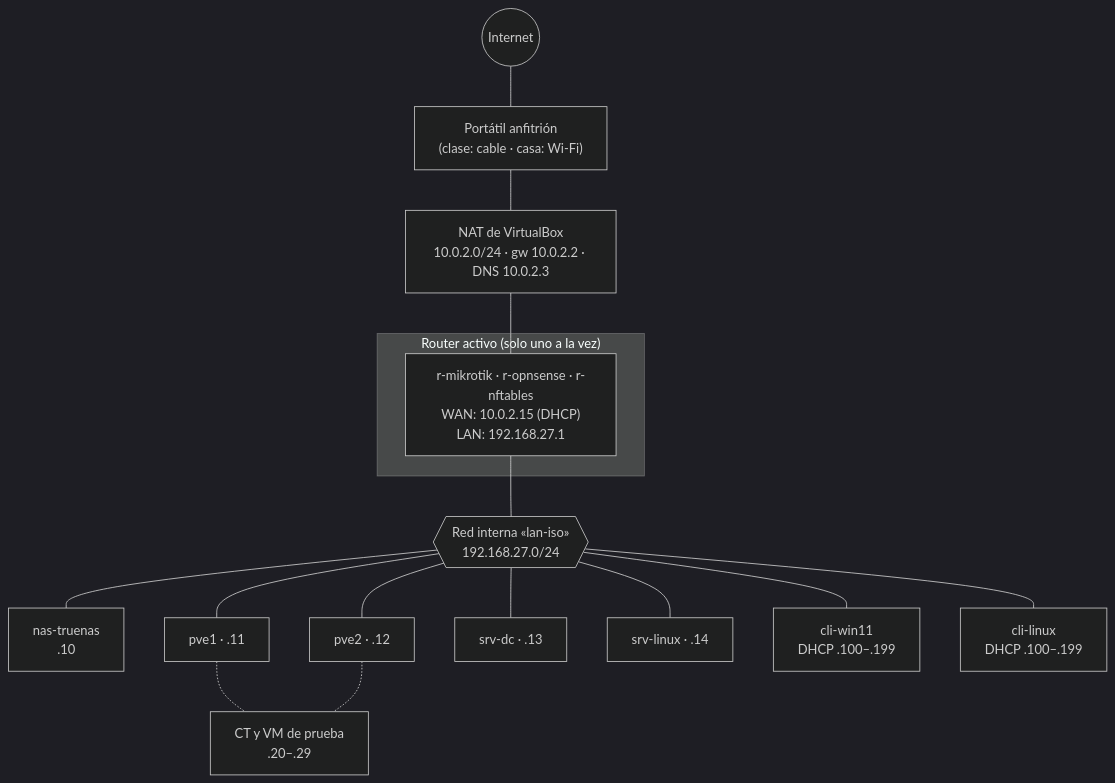
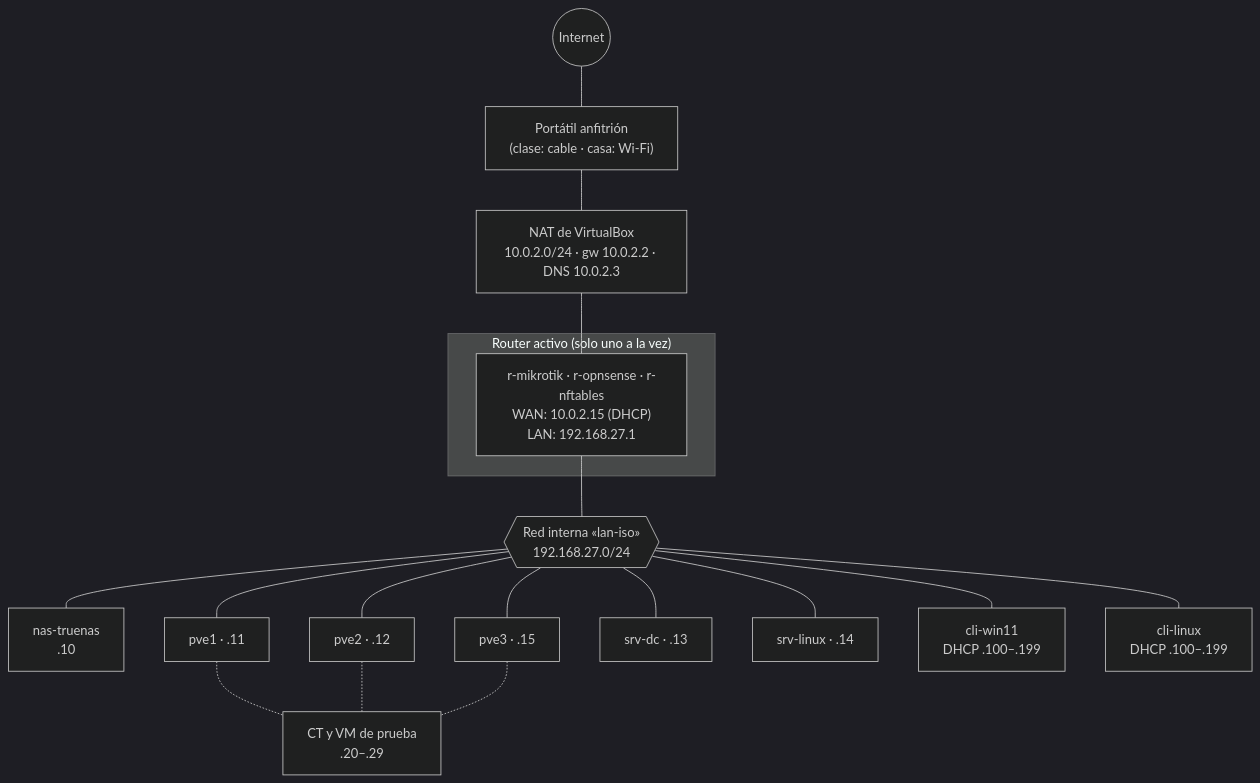
Before and after one commit to varo010/asix-individual-ISO: the diagram in docs/04-red.md, drawn with Mermaid (dark theme). The commit also changed other lines of this file and 6 other files, not shown here.

````diff
--- a/docs/04-red.md
+++ b/docs/04-red.md
@@ -16,25 +16,27 @@
 ```mermaid
 flowchart TB
     INET((Internet))
     HOST["Portátil anfitrión<br/>(clase: cable · casa: Wi-Fi)"]
     NAT["NAT de VirtualBox<br/>10.0.2.0/24 · gw 10.0.2.2 · DNS 10.0.2.3"]
     INET --- HOST --- NAT
 
     subgraph ROUTER["Router activo (solo uno a la vez)"]
         R["r-mikrotik · r-opnsense · r-nftables<br/>WAN: 10.0.2.15 (DHCP)<br/>LAN: 192.168.27.1"]
     end
     NAT --- R
 
     LAN{{"Red interna «lan-iso»<br/>192.168.27.0/24"}}
     R --- LAN
 
     LAN --- NAS["nas-truenas<br/>.10"]
     LAN --- P1["pve1 · .11"]
     LAN --- P2["pve2 · .12"]
+    LAN --- P3["pve3 · .15"]
     LAN --- DC["srv-dc · .13"]
     LAN --- SL["srv-linux · .14"]
     LAN --- W["cli-win11<br/>DHCP .100–.199"]
     LAN --- U["cli-linux<br/>DHCP .100–.199"]
     P1 -.- G["CT y VM de prueba<br/>.20–.29"]
     P2 -.- G
+    P3 -.- G
 ```
````
